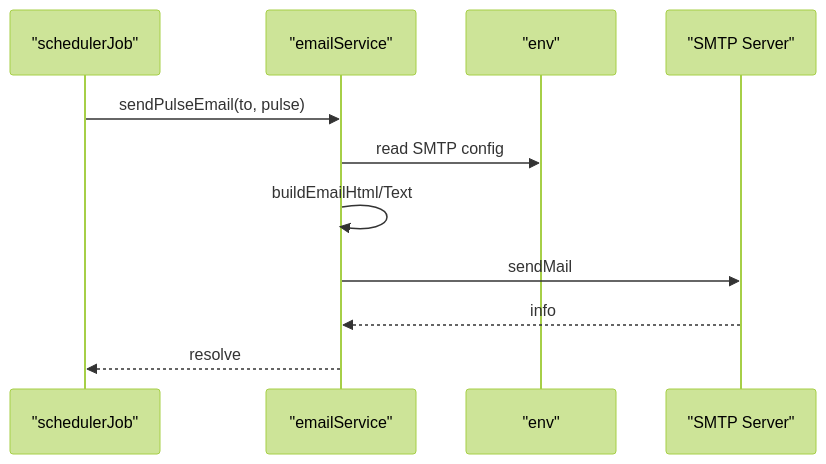
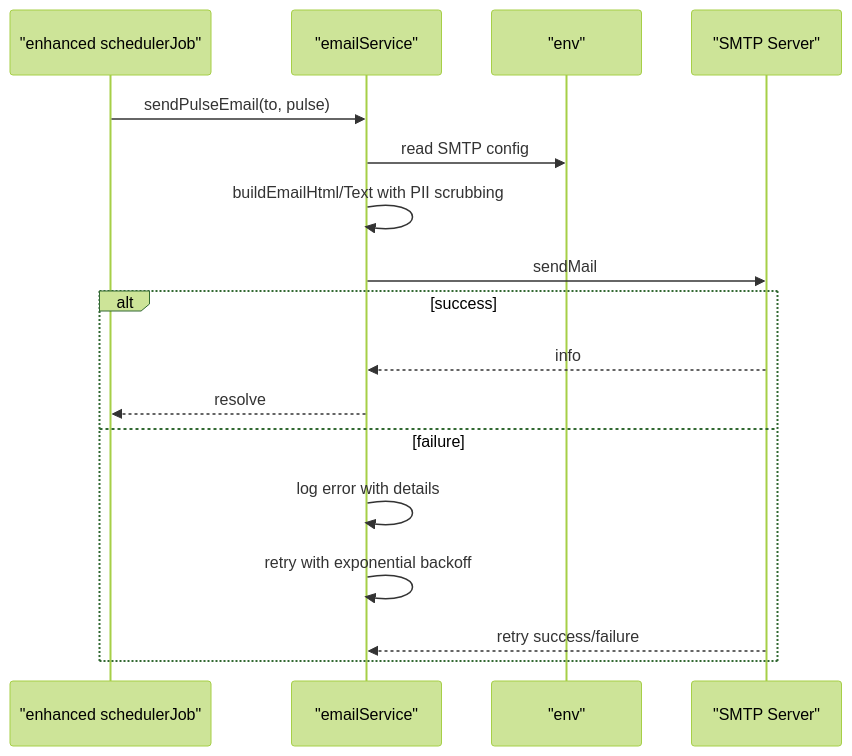
One commit to aravinthraj-ramalingam/Groww-App-Review-Insights-Analyzer- changed the sixth of 9 diagrams in .qoder/repowiki/en/content/Phase 2_ Advanced Analytics & Automation/Automated Job Scheduling.md. Above: the diagram before and after it, drawn with Mermaid (forest theme). The commit also changed other lines of this file and 11 other files, not shown here.

````diff
--- a/.qoder/repowiki/en/content/Phase 2_ Advanced Analytics & Automation/Automated Job Scheduling.md
+++ b/.qoder/repowiki/en/content/Phase 2_ Advanced Analytics & Automation/Automated Job Scheduling.md
@@ -308,13 +344,19 @@
 ```mermaid
 sequenceDiagram
-participant SJ as "schedulerJob"
+participant SJ as "enhanced schedulerJob"
 participant ES as "emailService"
 participant CFG as "env"
 participant SMTP as "SMTP Server"
 SJ->>ES : sendPulseEmail(to, pulse)
 ES->>CFG : read SMTP config
-ES->>ES : buildEmailHtml/Text
+ES->>ES : buildEmailHtml/Text with PII scrubbing
 ES->>SMTP : sendMail
+alt success
 SMTP-->>ES : info
 ES-->>SJ : resolve
+else failure
+ES->>ES : log error with details
+ES->>ES : retry with exponential backoff
+SMTP-->>ES : retry success/failure
+end
 ```
````
